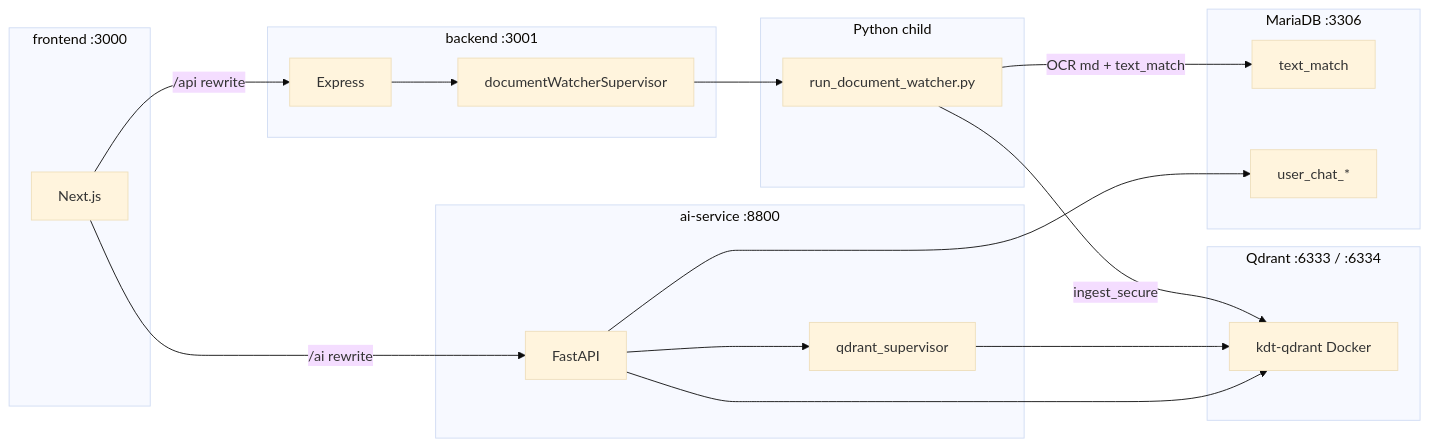
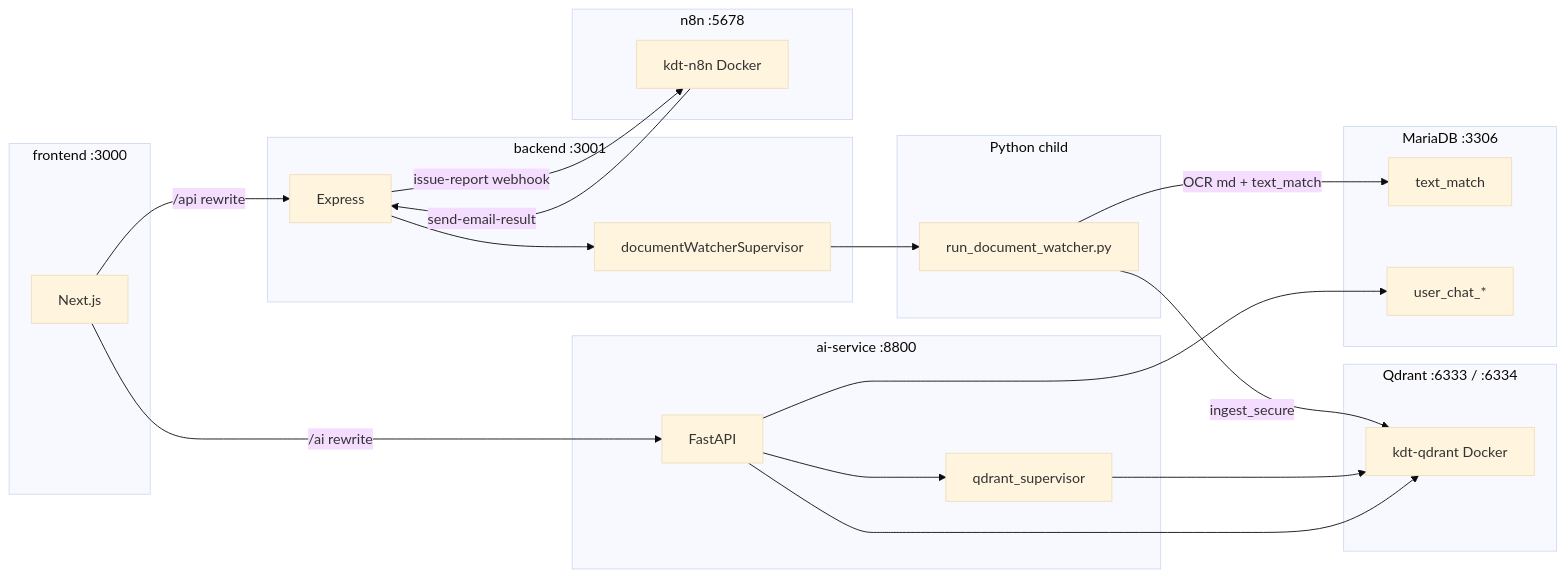
One commit to DohyupK/KDT-Project changed the diagram in docs/references/documents-watcher-qdrant.md. Above: the diagram before and after it, drawn with Mermaid (base theme). The commit also changed other lines of this file and 3 other files, not shown here.

````diff
--- a/docs/references/documents-watcher-qdrant.md
+++ b/docs/references/documents-watcher-qdrant.md
@@ -27,33 +29,38 @@
 ```mermaid
 flowchart LR
   subgraph fe [frontend :3000]
     Next[Next.js]
   end
   subgraph be [backend :3001]
     Express[Express]
     DocSup[documentWatcherSupervisor]
   end
   subgraph ai [ai-service :8800]
     FastAPI[FastAPI]
     QdrSup[qdrant_supervisor]
   end
   subgraph py [Python child]
     Watch[run_document_watcher.py]
   end
   subgraph vec [Qdrant :6333 / :6334]
     Qdr[kdt-qdrant Docker]
   end
   subgraph db [MariaDB :3306]
     TM[text_match]
     Chat[user_chat_*]
   end
+  subgraph n8nbox [n8n :5678]
+    N8n[kdt-n8n Docker]
+  end
 
   Next -->|"/api rewrite"| Express
   Next -->|"/ai rewrite"| FastAPI
   Express --> DocSup --> Watch
   Watch -->|OCR md + text_match| TM
   Watch -->|ingest_secure| Qdr
   FastAPI --> QdrSup --> Qdr
   FastAPI --> Chat
   FastAPI --> Qdr
+  Express -->|"issue-report webhook"| N8n
+  N8n -->|"send-email-result"| Express
 ```
````
